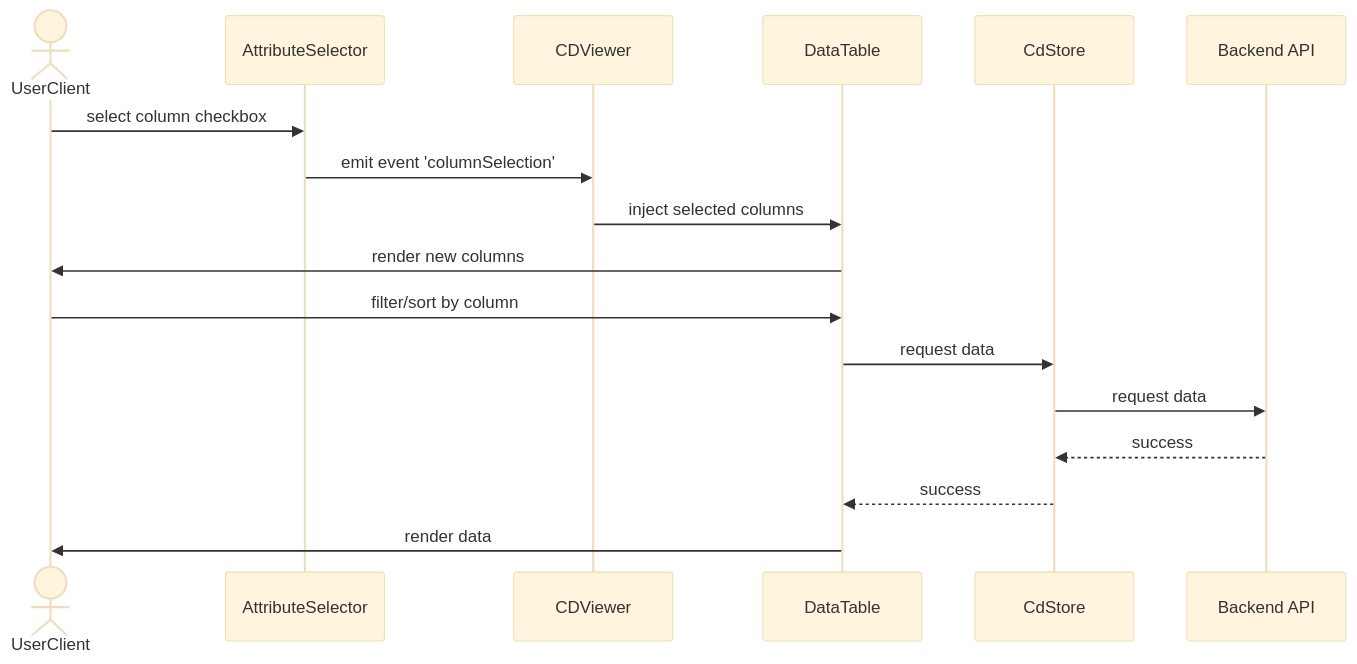
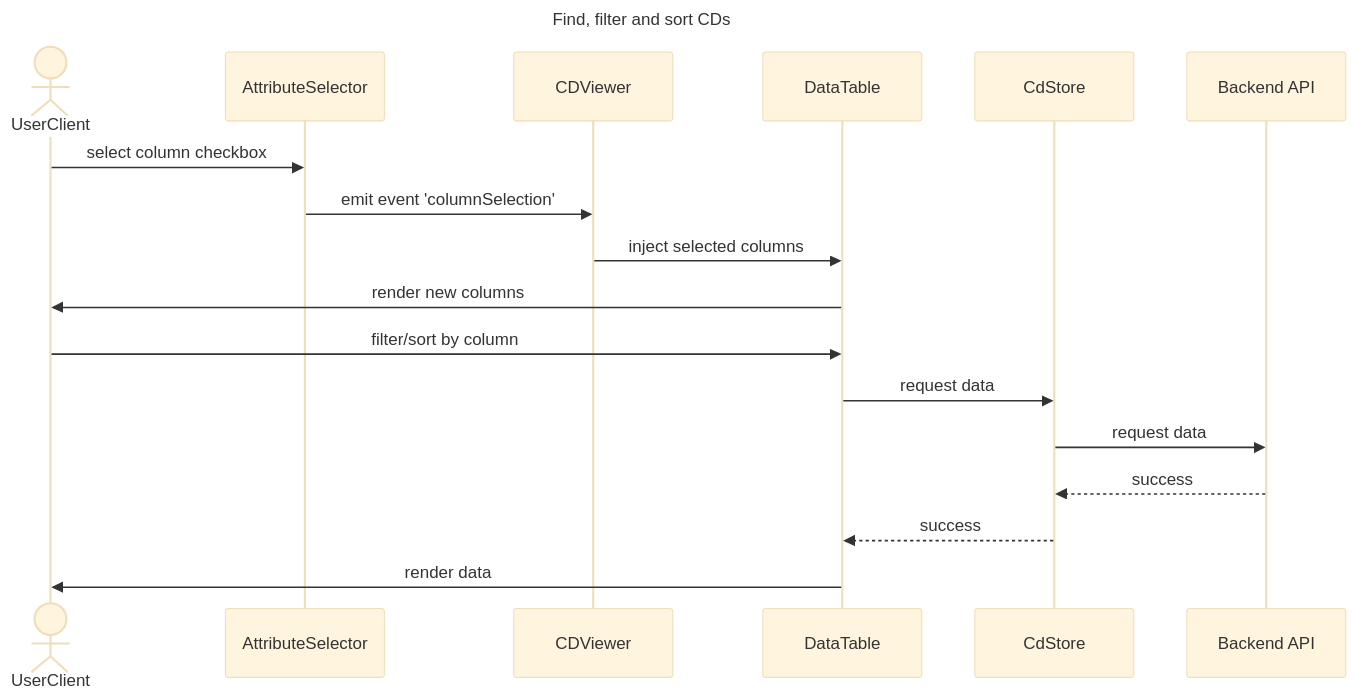
The first of 6 diagrams in PROJECT/SAS/SAS.md (DHBW-TINF24F/Team1-BaSyx-ConceptDescription-Manager), drawn with Mermaid (base theme) before and after one commit. The commit also changed other lines of this file, not shown here.

````diff
--- a/PROJECT/SAS/SAS.md
+++ b/PROJECT/SAS/SAS.md
@@ -140,20 +159,22 @@
 ```mermaid
 sequenceDiagram
+    title Find, filter and sort CDs
+    
     actor UC as UserClient
     participant AS as AttributeSelector
     participant CDV as CDViewer
     participant DT as DataTable
     participant Store as CdStore
     participant API as Backend API
     
     UC->>AS: select column checkbox
     AS->>CDV: emit event 'columnSelection'
     CDV->>DT: inject selected columns
     DT->>UC: render new columns
     UC->>DT: filter/sort by column
     DT->>Store: request data
     Store->>API: request data
     API-->>Store: success
     Store-->>DT: success
     DT->>UC: render data
 ```
````
